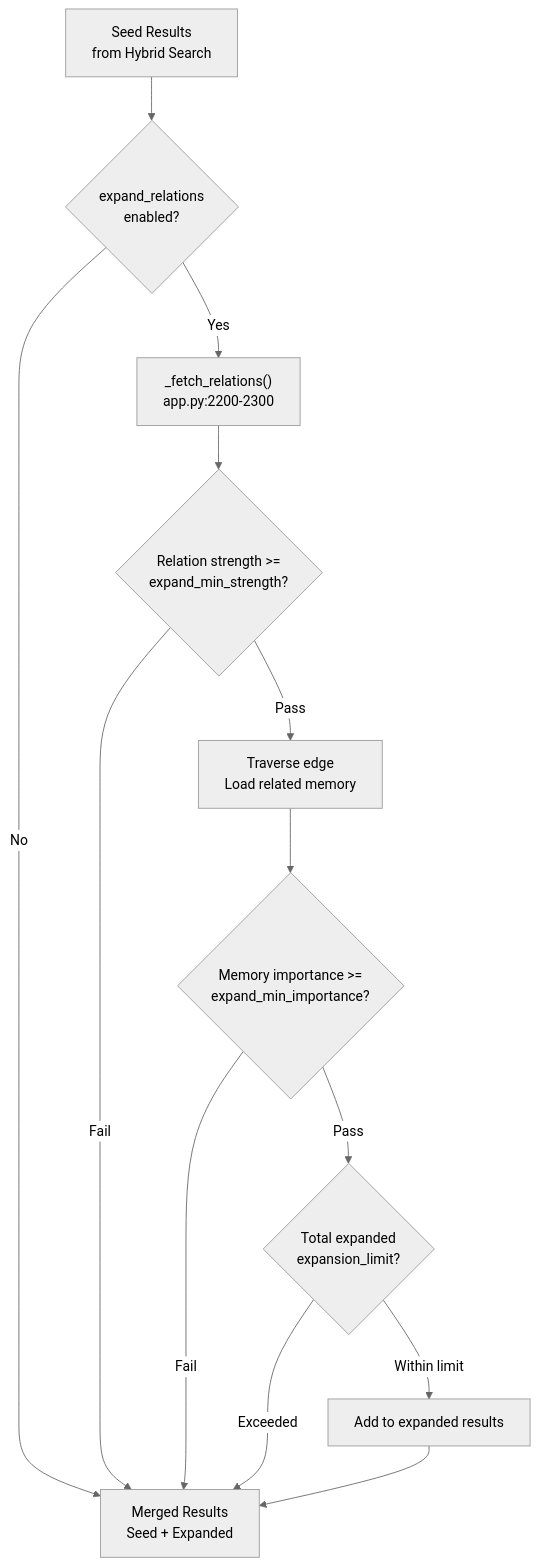
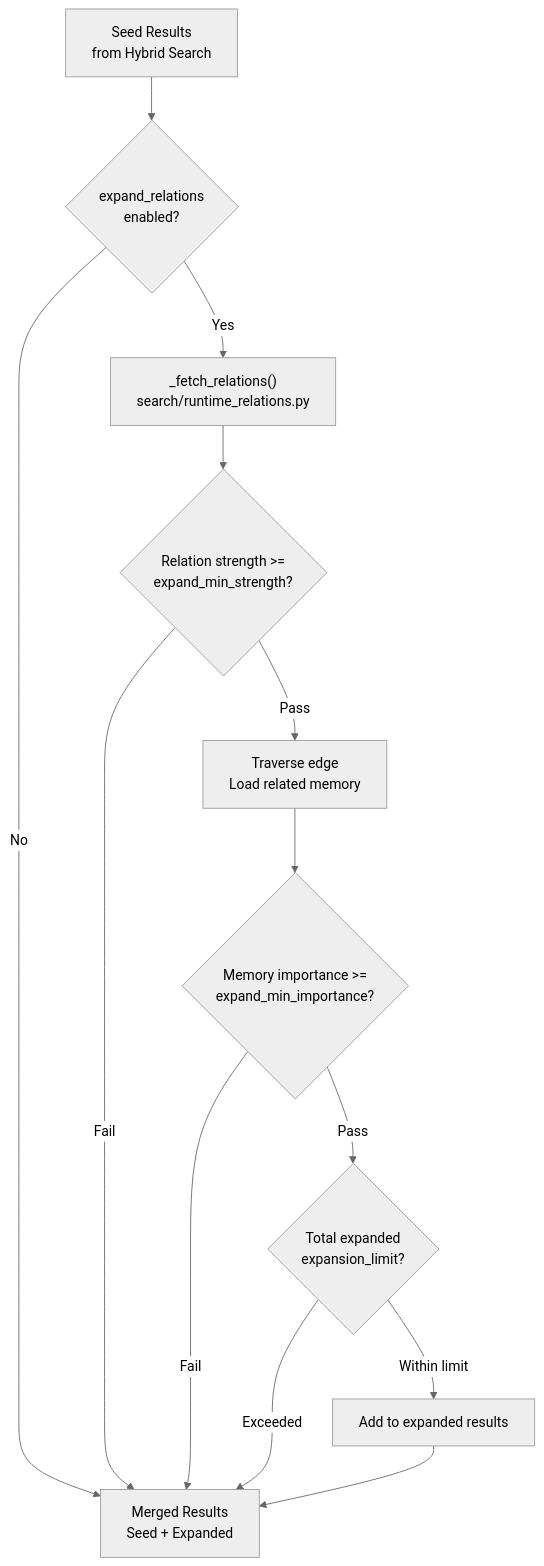
One commit to verygoodplugins/automem-website changed the third of 4 diagrams in src/content/docs/docs/reference/api/recall-operations.md. Above: the diagram before and after it, drawn with Mermaid (neutral theme). The commit also changed other lines of this file and 15 other files, not shown here.

````diff
--- a/src/content/docs/docs/reference/api/recall-operations.md
+++ b/src/content/docs/docs/reference/api/recall-operations.md
@@ -253,36 +253,36 @@
 ```mermaid
 graph TB
     SeedResults["Seed Results<br/>from Hybrid Search"]
 
     CheckExpand{"expand_relations<br/>enabled?"}
 
-    FetchRelations["_fetch_relations()<br/>app.py:2200-2300"]
+    FetchRelations["_fetch_relations()<br/>search/runtime_relations.py"]
 
     FilterStrength{"Relation strength >=<br/>expand_min_strength?"}
 
     FilterImportance{"Memory importance >=<br/>expand_min_importance?"}
 
     TraverseEdge["Traverse edge<br/>Load related memory"]
 
     CheckLimit{"Total expanded <br/>expansion_limit?"}
 
     AddToResults["Add to expanded results"]
 
     FinalResults["Merged Results<br/>Seed + Expanded"]
 
     SeedResults --> CheckExpand
     CheckExpand -->|No| FinalResults
     CheckExpand -->|Yes| FetchRelations
 
     FetchRelations --> FilterStrength
     FilterStrength -->|Fail| FinalResults
     FilterStrength -->|Pass| TraverseEdge
 
     TraverseEdge --> FilterImportance
     FilterImportance -->|Fail| FinalResults
     FilterImportance -->|Pass| CheckLimit
 
     CheckLimit -->|Exceeded| FinalResults
     CheckLimit -->|Within limit| AddToResults
     AddToResults --> FinalResults
 ```
````
